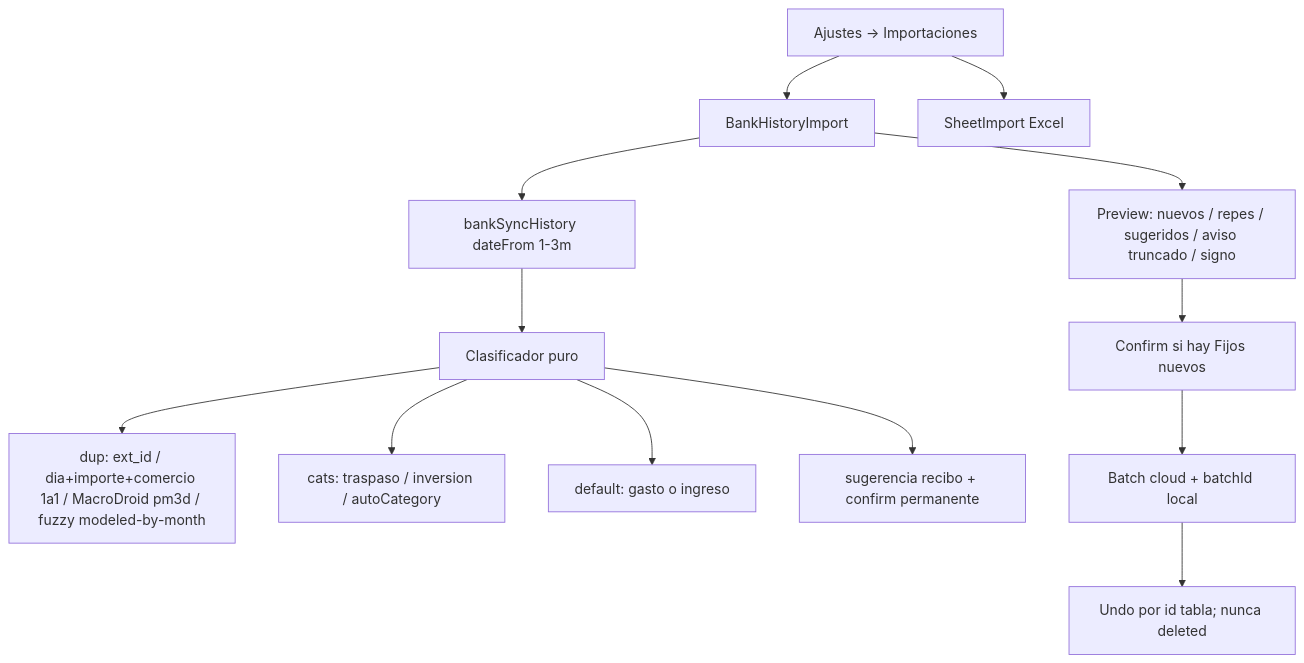
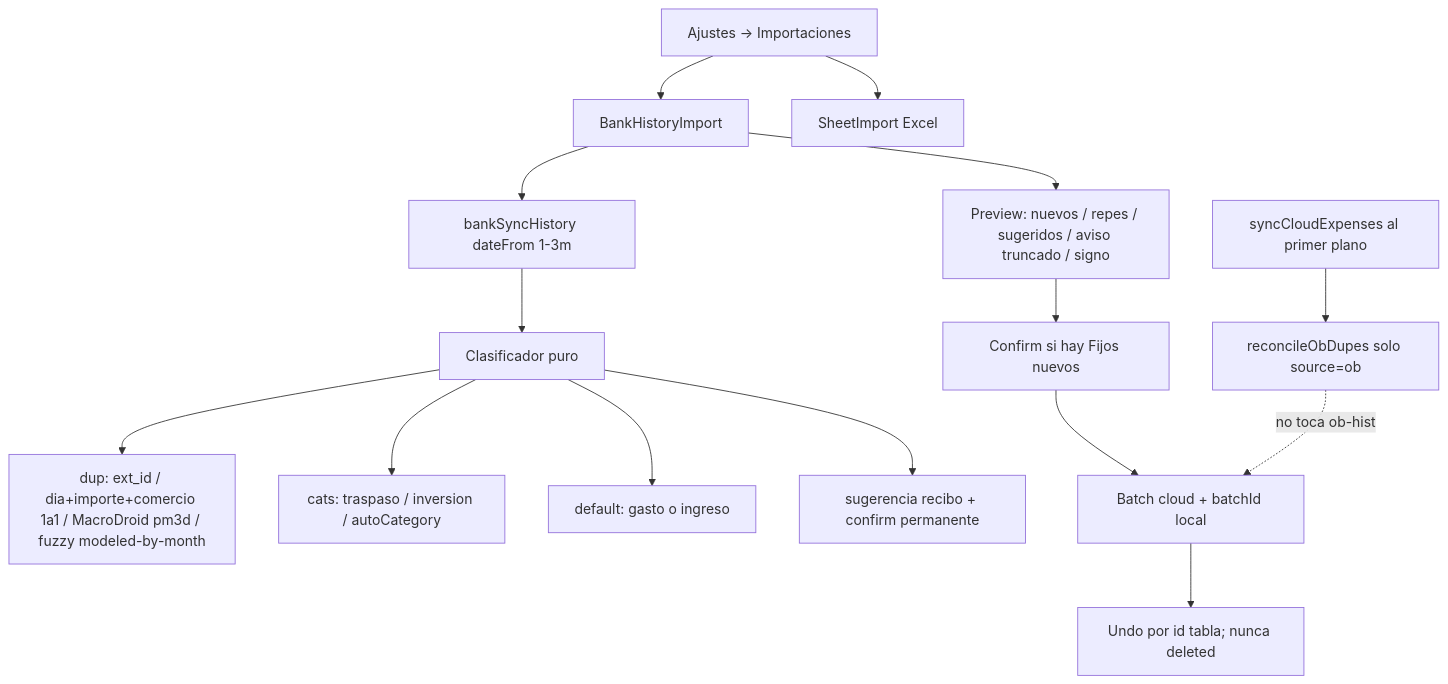
The diagram in docs/briefs/plan-import-historico-seguro.md (JuanjoAvila/Mi-Cartera), drawn with Mermaid before and after one commit. The commit also changed other lines of this file, not shown here.

First line of the commit message:
docs(briefs): addendum N — reconcileObDupes no toca ob-hist

````diff
--- a/docs/briefs/plan-import-historico-seguro.md
+++ b/docs/briefs/plan-import-historico-seguro.md
@@ -99,15 +117,17 @@
 ```mermaid
 flowchart TD
   settings["Ajustes → Importaciones"] --> histUI["BankHistoryImport"]
   settings --> hojaUI["SheetImport Excel"]
   histUI --> fetch["bankSyncHistory dateFrom 1-3m"]
   fetch --> classify["Clasificador puro"]
   classify --> dup["dup: ext_id / dia+importe+comercio 1a1 / MacroDroid pm3d / fuzzy modeled-by-month"]
   classify --> cats["cats: traspaso / inversion / autoCategory"]
   classify --> safe["default: gasto o ingreso"]
   classify --> suggest["sugerencia recibo + confirm permanente"]
   histUI --> preview["Preview: nuevos / repes / sugeridos / aviso truncado / signo"]
   preview --> confirm["Confirm si hay Fijos nuevos"]
   confirm --> commit["Batch cloud + batchId local"]
   commit --> undo["Undo por id tabla; nunca deleted"]
+  syncFg["syncCloudExpenses al primer plano"] --> recon["reconcileObDupes solo source=ob"]
+  recon -.->|"no toca ob-hist"| commit
 ```
````
